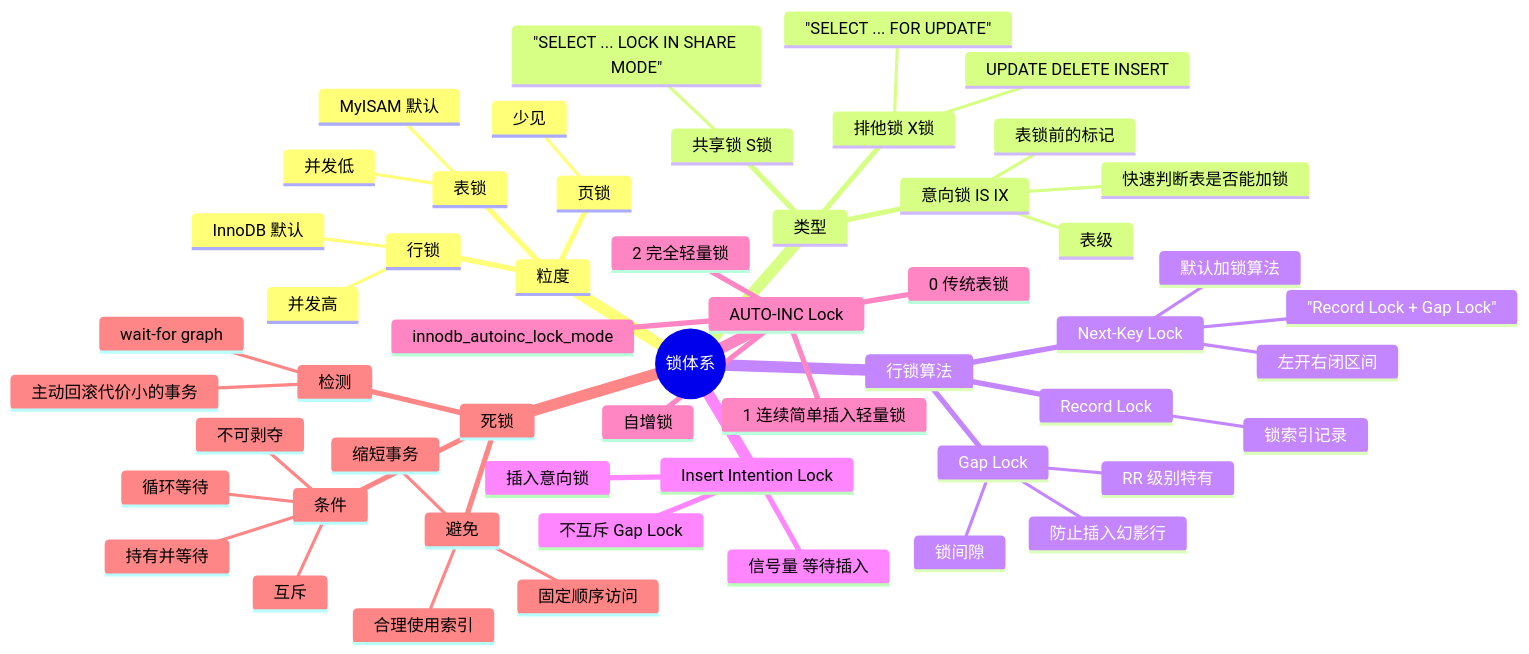
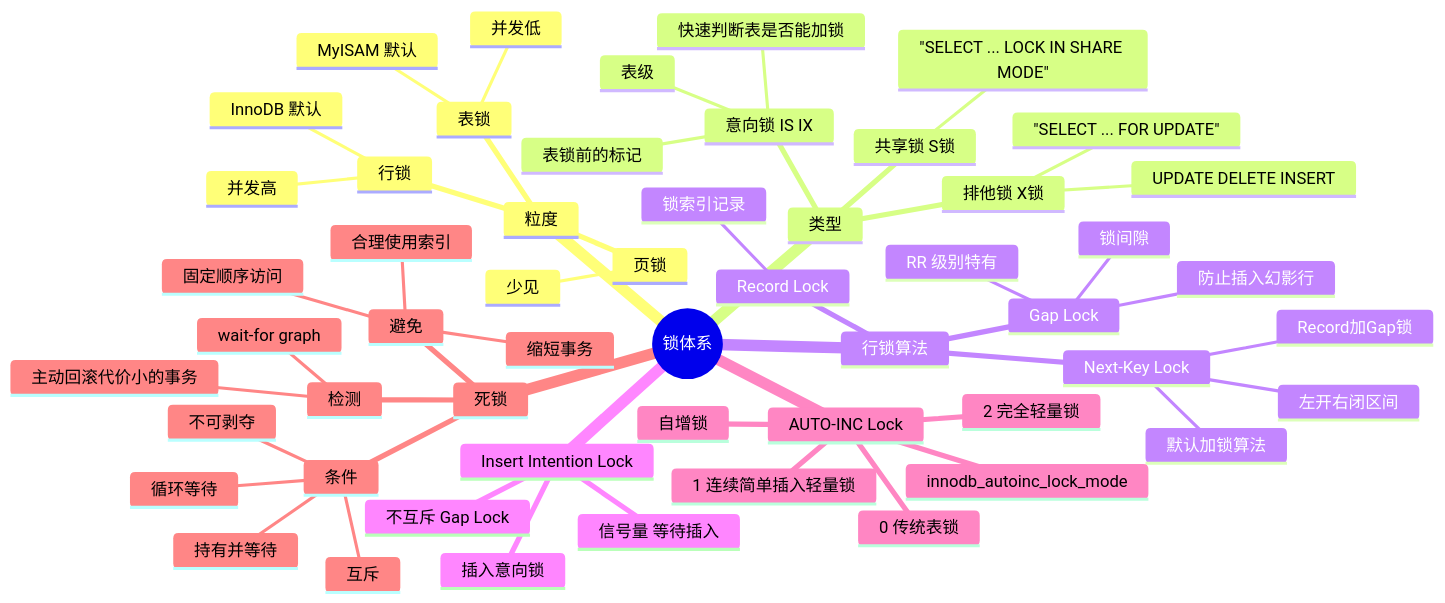
The seventh of 11 diagrams in appendix/mind-maps/README.md (jingyu525/mysql-first-principles), drawn with Mermaid before and after one commit. The commit also changed other lines of this file, not shown here.

Commit message:
fix: 移除 Mermaid mindmap 中所有特殊字符（= + % 括号），改用纯文本描述

````diff
--- a/appendix/mind-maps/README.md
+++ b/appendix/mind-maps/README.md
@@ -298,57 +298,57 @@
 ```mermaid
 mindmap
   root((锁体系))
     粒度
       表锁
         MyISAM 默认
         并发低
       行锁
         InnoDB 默认
         并发高
       页锁
         少见
     类型
       共享锁 S锁
         "SELECT ... LOCK IN SHARE MODE"
       排他锁 X锁
         UPDATE DELETE INSERT
         "SELECT ... FOR UPDATE"
       意向锁 IS IX
         表级
         表锁前的标记
         快速判断表是否能加锁
     行锁算法
       Record Lock
         锁索引记录
       Gap Lock
         锁间隙
         防止插入幻影行
         RR 级别特有
       Next-Key Lock
-        "Record Lock + Gap Lock"
+        Record加Gap锁
         左开右闭区间
         默认加锁算法
     Insert Intention Lock
       插入意向锁
       信号量 等待插入
       不互斥 Gap Lock
     AUTO-INC Lock
       自增锁
       innodb_autoinc_lock_mode
       0 传统表锁
       1 连续简单插入轻量锁
       2 完全轻量锁
     死锁
       条件
         互斥
         持有并等待
         不可剥夺
         循环等待
       检测
         wait-for graph
         主动回滚代价小的事务
       避免
         固定顺序访问
         缩短事务
         合理使用索引
 ```
````
